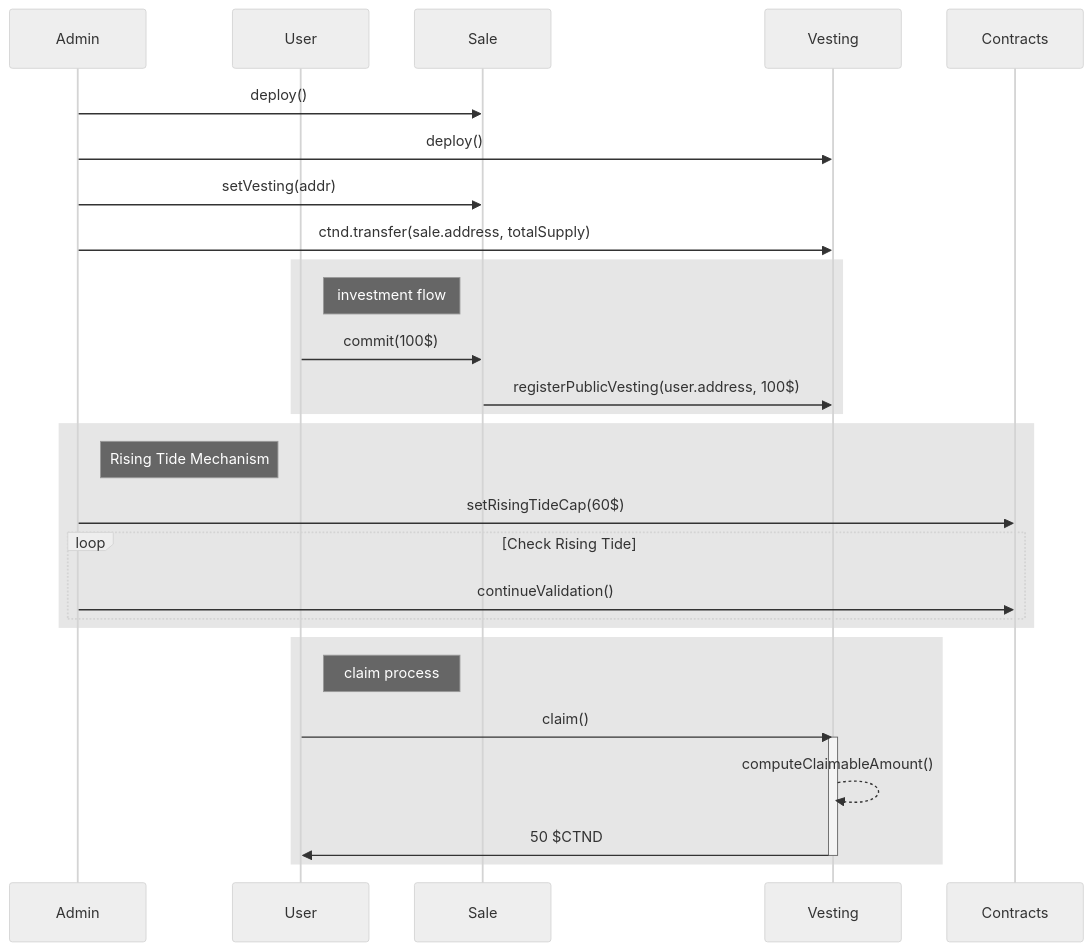
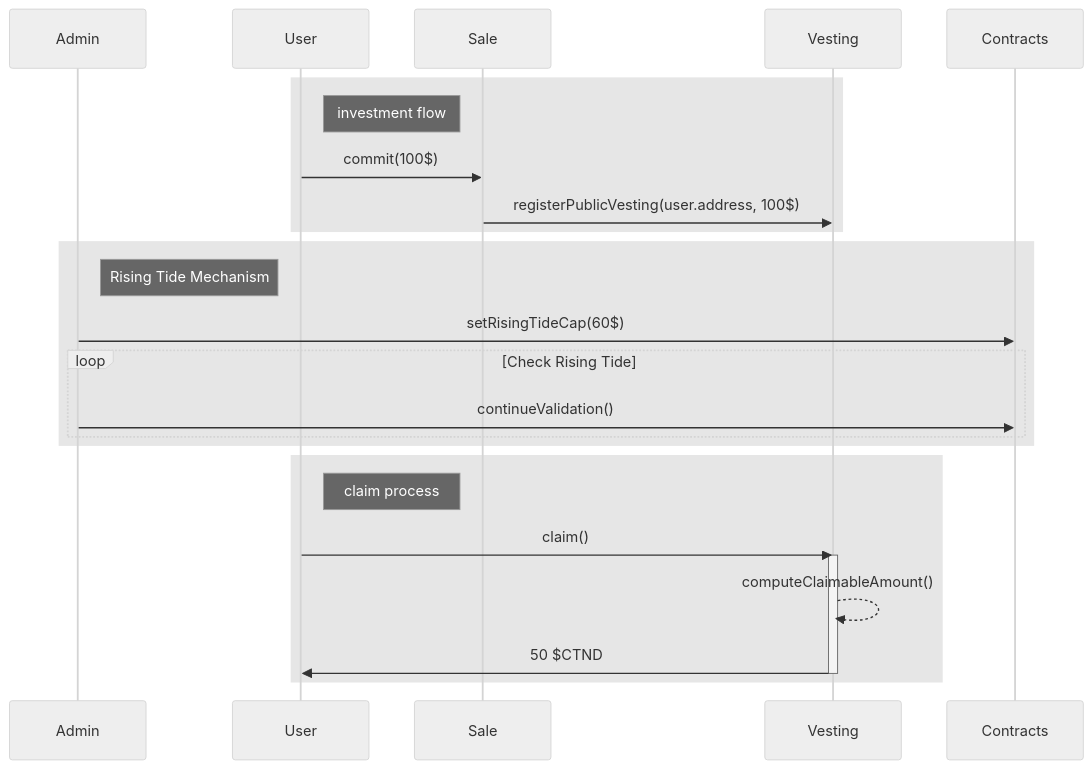
The second of 2 diagrams in docs/CTND-sale.adoc (subvisual/citizend), drawn with Mermaid (neutral theme) before and after one commit. The commit also changed other lines of this file and 4 other files, not shown here.

```diff
--- a/docs/CTND-sale.adoc
+++ b/docs/CTND-sale.adoc
@@ -43,36 +43,31 @@
 [mermaid,abcd-flowchart,svg]
 ....
 sequenceDiagram
     participant Admin
     participant User
     participant Sale
     participant Vesting
-
-    Admin ->> Sale: deploy()
-    Admin ->> Vesting: deploy()
-    Admin ->> Sale: setVesting(addr)
-    Admin ->> Vesting: ctnd.transfer(sale.address, totalSupply)
 
     rect rgb(230, 230, 230)
         Note right of User: investment flow
         User ->> Sale: commit(100$)
         Sale ->> Vesting: registerPublicVesting(user.address, 100$)
     end
 
     rect rgb(230, 230, 230)
         Note right of Admin: Rising Tide Mechanism
         Admin ->> Contracts: setRisingTideCap(60$)
         loop Check Rising Tide
             Admin ->> Contracts: continueValidation()
         end
     end
 
     rect rgb(230, 230, 230)
         Note right of User: claim process
         User ->> Vesting: claim()
         activate Vesting
         Vesting -->> Vesting: computeClaimableAmount()
         Vesting ->> User: 50 $CTND
         deactivate Vesting
     end
 ....
```
